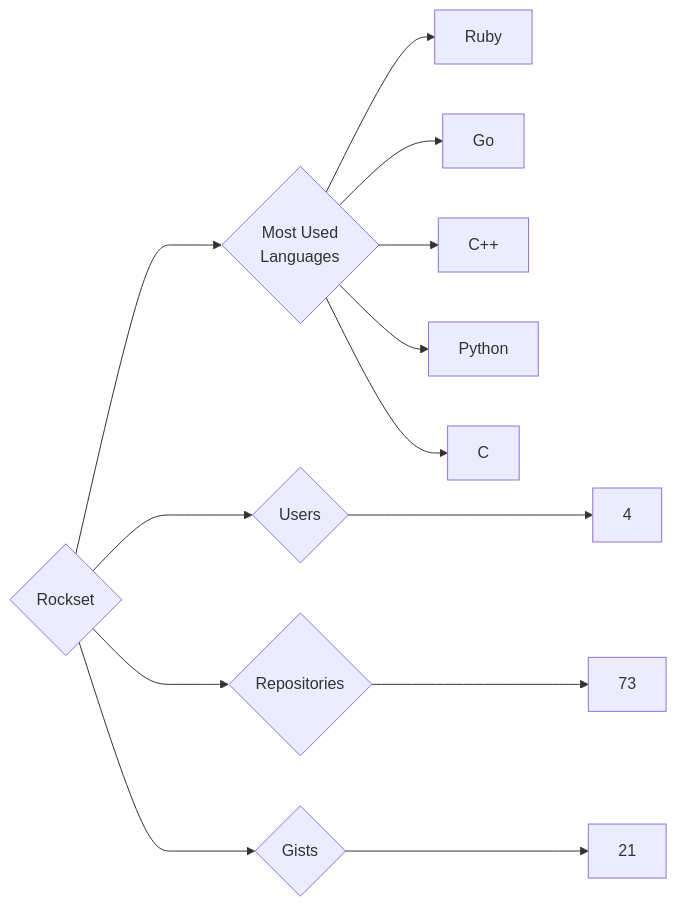
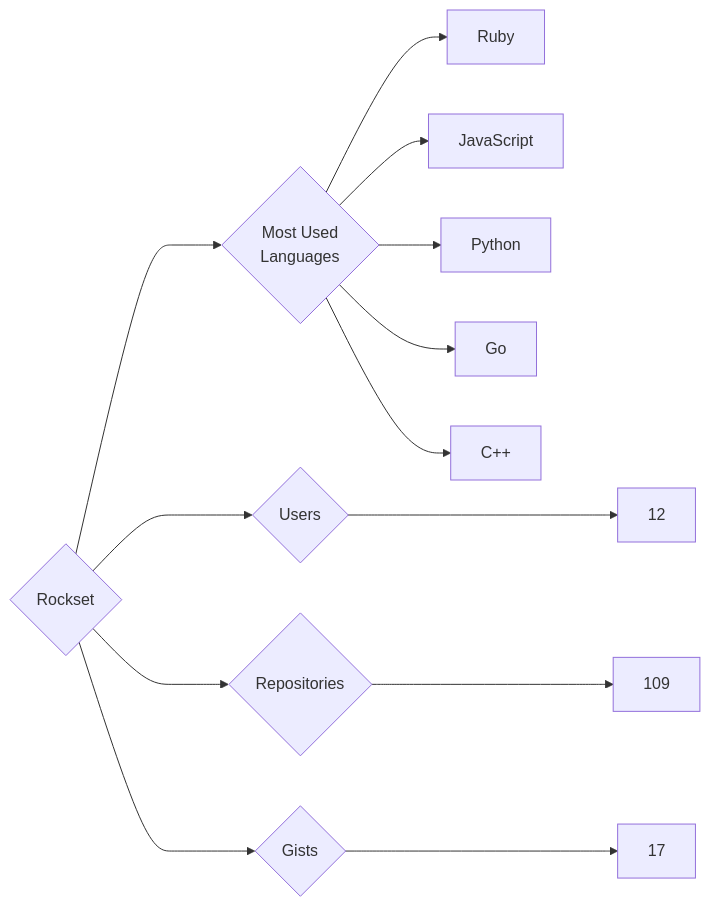
The diagram in targets/Rockset/README.md (trickest/insiders), drawn with Mermaid before and after one commit. The commit also changed 765 other files, not shown here.

````diff
--- a/targets/Rockset/README.md
+++ b/targets/Rockset/README.md
@@ -3,13 +3,13 @@
 ```mermaid
 graph LR
 COMPANY_NAME{Rockset}
-COMPANY_NAME ---> U{Users} ---> UN[4]
-COMPANY_NAME ---> R{Repositories} ---> RN[73]
-COMPANY_NAME ---> G{Gists} ---> GN[21]
+COMPANY_NAME ---> U{Users} ---> UN[12]
+COMPANY_NAME ---> R{Repositories} ---> RN[109]
+COMPANY_NAME ---> G{Gists} ---> GN[17]
 COMPANY_NAME ---> ML{Most Used<br>Languages}
 ML --> Ruby[Ruby]
+ML --> JavaScript[JavaScript]
+ML --> Python[Python]
 ML --> Go[Go]
 ML --> C++[C++]
-ML --> Python[Python]
-ML --> C[C]
 ```
````
